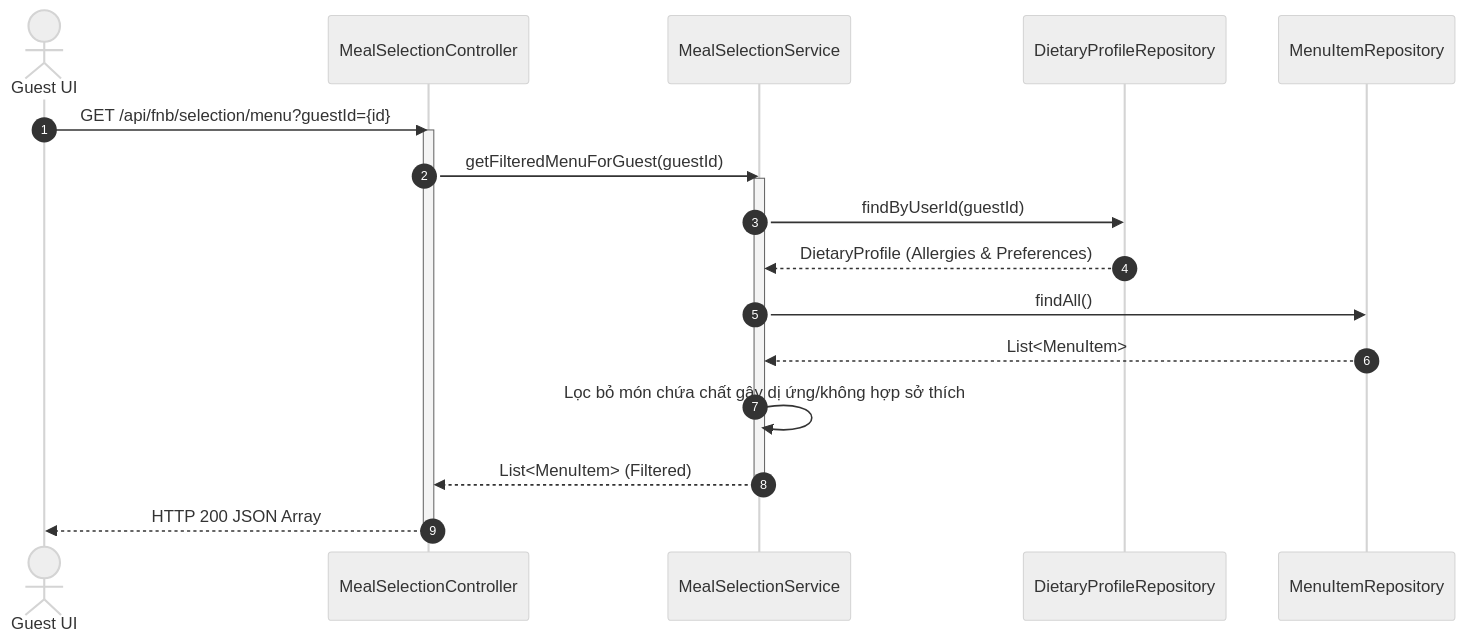
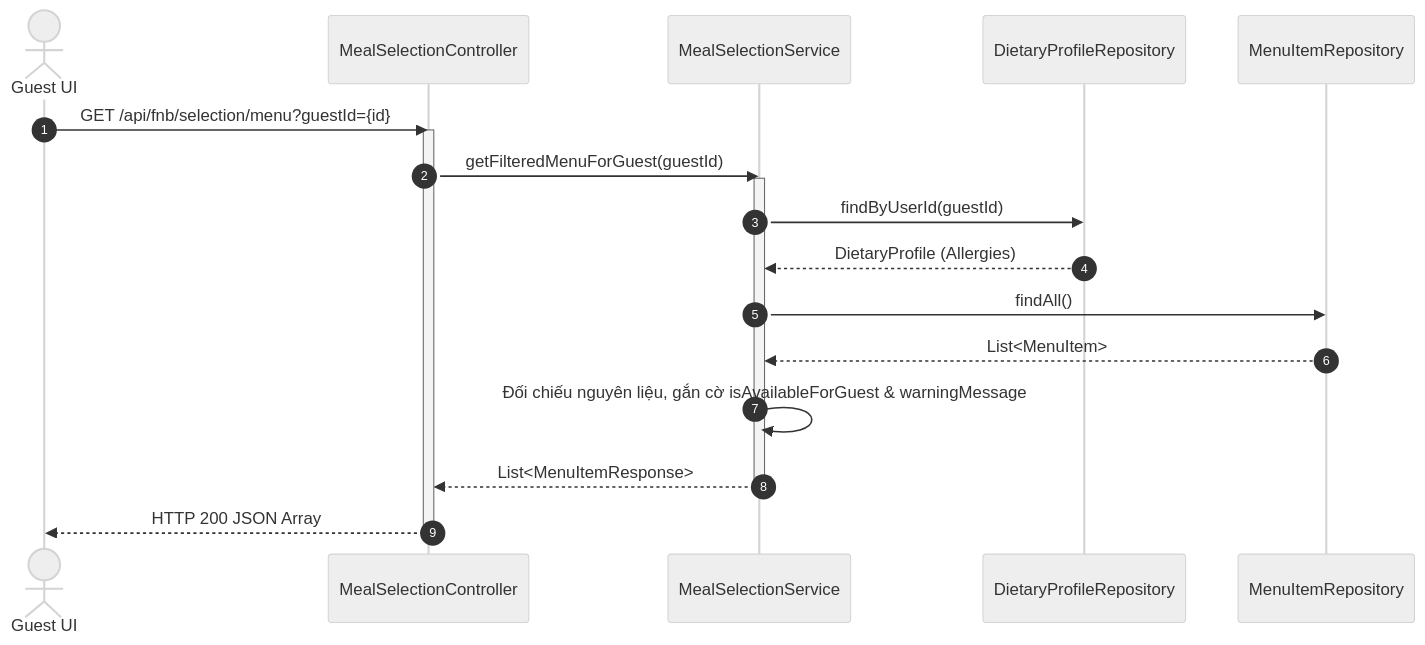
Before and after one commit to danhdac36/xoai-aura-retreat: the second of 2 diagrams in Implement/SWP391-FNB-IMP-UC16.md, drawn with Mermaid (neutral theme). The commit also changed other lines of this file and 27 other files, not shown here.

````diff
--- a/Implement/SWP391-FNB-IMP-UC16.md
+++ b/Implement/SWP391-FNB-IMP-UC16.md
@@ -171,23 +150,23 @@
 ```mermaid
 sequenceDiagram
     autonumber
     actor Guest as Guest UI
     participant Ctrl as MealSelectionController
     participant Svc as MealSelectionService
     participant DietaryRepo as DietaryProfileRepository
     participant MenuRepo as MenuItemRepository
 
     Guest->>Ctrl: GET /api/fnb/selection/menu?guestId={id}
     activate Ctrl
     Ctrl->>Svc: getFilteredMenuForGuest(guestId)
     activate Svc
     Svc->>DietaryRepo: findByUserId(guestId)
-    DietaryRepo-->>Svc: DietaryProfile (Allergies & Preferences)
+    DietaryRepo-->>Svc: DietaryProfile (Allergies)
     Svc->>MenuRepo: findAll()
     MenuRepo-->>Svc: List<MenuItem>
-    Svc->>Svc: Lọc bỏ món chứa chất gây dị ứng/không hợp sở thích
-    Svc-->>Ctrl: List<MenuItem> (Filtered)
+    Svc->>Svc: Đối chiếu nguyên liệu, gắn cờ isAvailableForGuest & warningMessage
+    Svc-->>Ctrl: List<MenuItemResponse>
     deactivate Svc
     Ctrl-->>Guest: HTTP 200 JSON Array
     deactivate Ctrl
 ```
````
